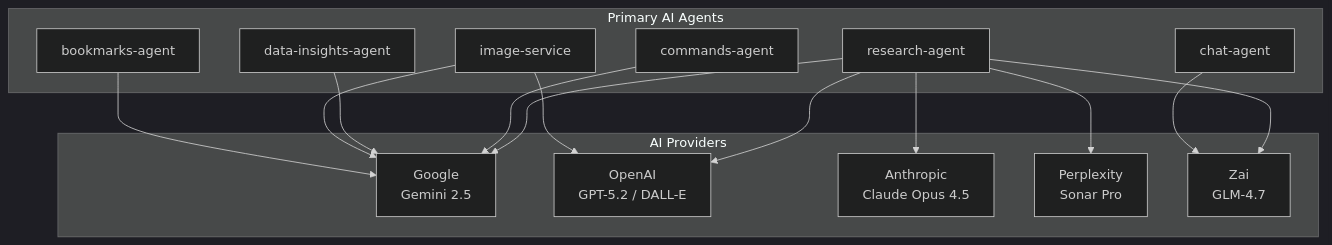
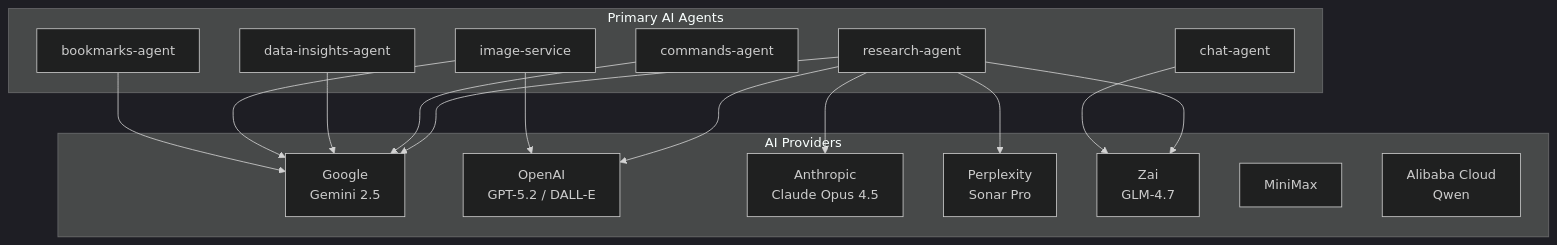
The first of 2 diagrams in docs/services/index.md (pbuchman/intexuraos), drawn with Mermaid (dark theme) before and after one commit. The commit also changed other lines of this file and 134 other files, not shown here.

````diff
--- a/docs/services/index.md
+++ b/docs/services/index.md
@@ -41,32 +55,34 @@
 ```mermaid
 graph TB
     subgraph "AI Providers"
         G[Google<br>Gemini 2.5]
         O[OpenAI<br>GPT-5.2 / DALL-E]
         A[Anthropic<br>Claude Opus 4.5]
         P[Perplexity<br>Sonar Pro]
         Z[Zai<br>GLM-4.7]
+        MM[MiniMax]
+        QW[Alibaba Cloud<br>Qwen]
     end
 
     subgraph "Primary AI Agents"
         R[research-agent]
         C[commands-agent]
         D[data-insights-agent]
         I[image-service]
         B[bookmarks-agent]
         CH[chat-agent]
     end
 
     R --> G
     R --> O
     R --> A
     R --> P
     R --> Z
 
     C --> G
     D --> G
     I --> O
     I --> G
     B --> G
     CH --> Z
 ```
````
